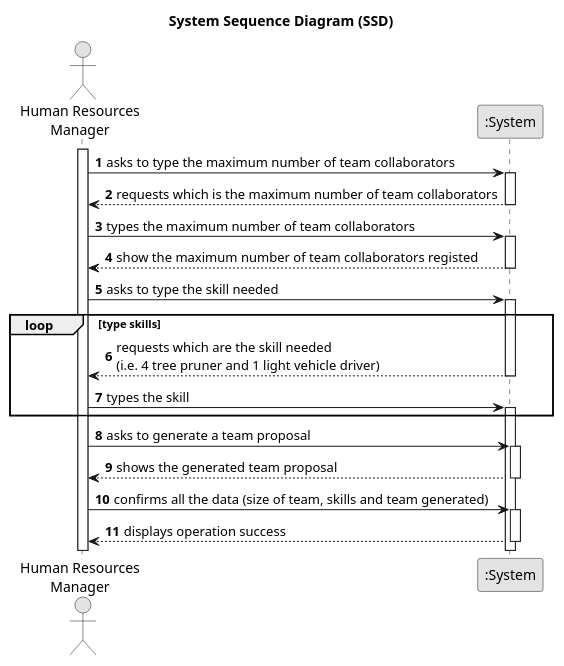
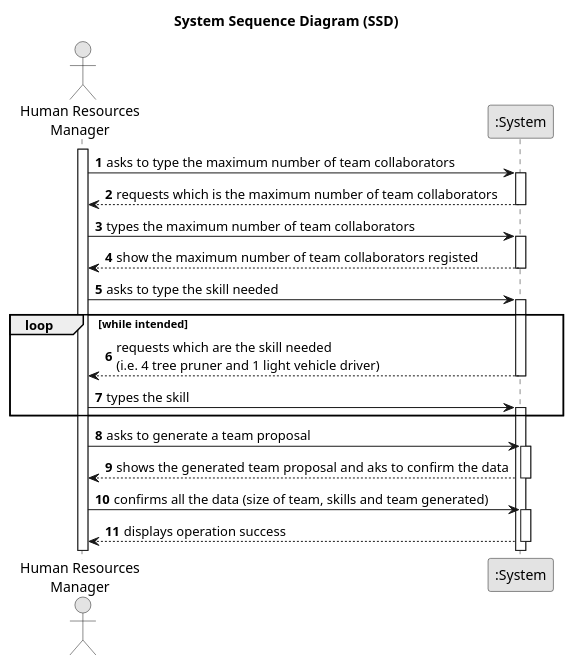
Before and after one commit to 1231360-ISEP/lei-24-s2-1db-g021: the diagram in docs/sprintA/us005/01.requirements-engineering/puml/us005-system-sequence-diagram-alternative-one.puml, drawn with PlantUML. The commit also changed 1 other file, not shown here.

Commit message:
Update the US01 and US05 SSD plant uml

```diff
--- a/docs/sprintA/us005/01.requirements-engineering/puml/us005-system-sequence-diagram-alternative-one.puml
+++ b/docs/sprintA/us005/01.requirements-engineering/puml/us005-system-sequence-diagram-alternative-one.puml
@@ -1,53 +1,53 @@
 @startuml
 skinparam monochrome true
 skinparam packageStyle rectangle
 skinparam shadowing false
 
 title System Sequence Diagram (SSD)
 
 autonumber
 
 actor "Human Resources\nManager" as HRM
 participant ":System" as System
 
 activate HRM
 
     HRM -> System : asks to type the maximum number of team collaborators
     activate System
 
         System --> HRM : requests which is the maximum number of team collaborators
     deactivate System
 
     HRM -> System : types the maximum number of team collaborators
     activate System
 
         System --> HRM : show the maximum number of team collaborators registed
     deactivate System
 
     HRM -> System : asks to type the skill needed
     activate System
 
-    loop type skills
+    loop while intended
 
             System --> HRM : requests which are the skill needed\n(i.e. 4 tree pruner and 1 light vehicle driver)
         deactivate System
 
         HRM -> System : types the skill
         activate System
 
     end
 
     HRM -> System : asks to generate a team proposal
     activate System
 
-        System --> HRM : shows the generated team proposal
+        System --> HRM : shows the generated team proposal and aks to confirm the data
     deactivate System
 
     HRM -> System : confirms all the data (size of team, skills and team generated)
     activate System
 
         System --> HRM : displays operation success
     deactivate System
 
 
 @enduml
```
